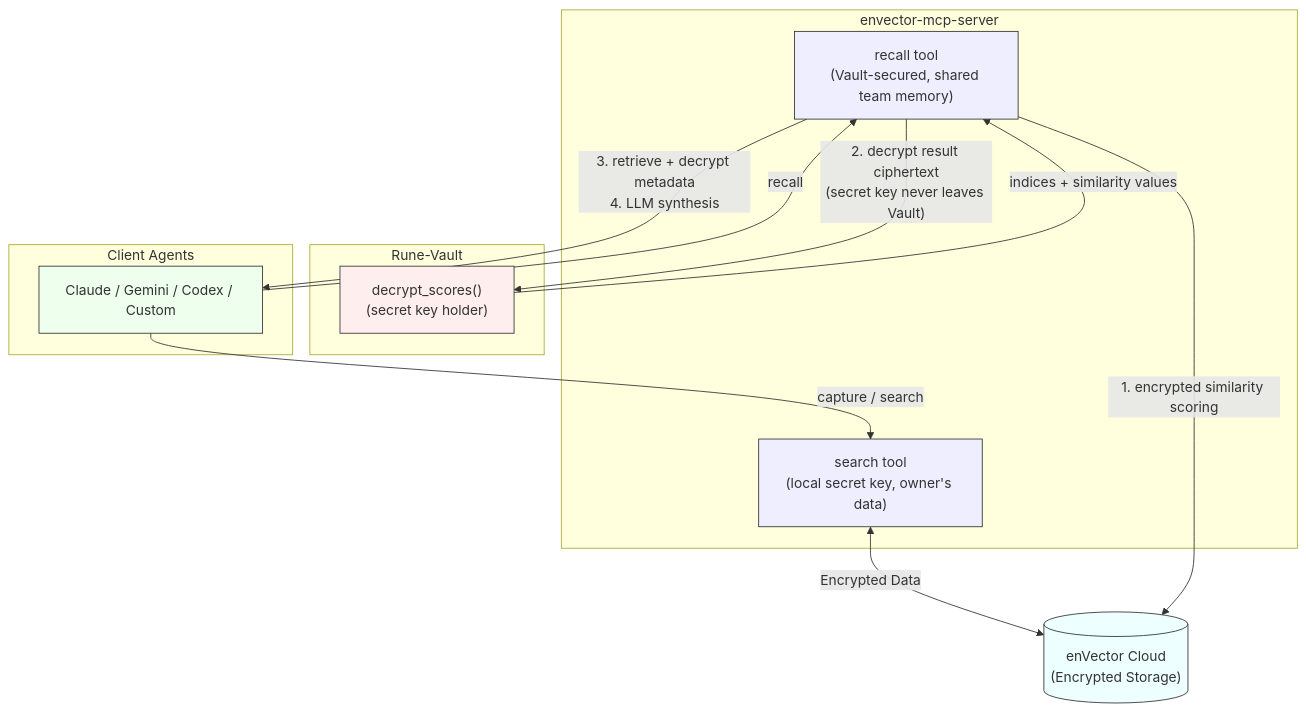
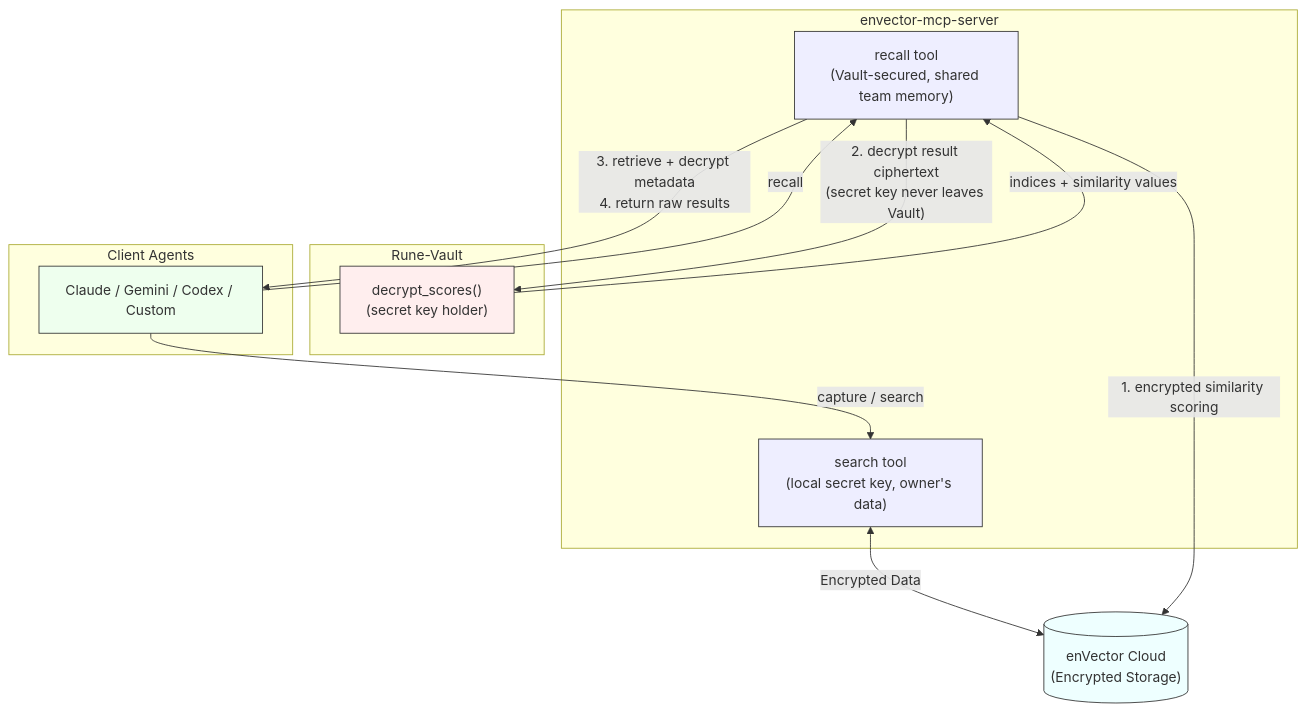
The diagram in README.md (CryptoLabInc/rune), drawn with Mermaid before and after one commit. The commit also changed other lines of this file and 15 other files, not shown here.

First line of the commit message:
feat: agent-delegated mode — remove LLM API key dependency from MCP server

````diff
--- a/README.md
+++ b/README.md
@@ -97,35 +97,35 @@
 ```mermaid
 flowchart TD
     Cloud[("enVector Cloud<br>(Encrypted Storage)")]
 
     subgraph MCP [envector-mcp-server]
         Search["search tool<br>(local secret key, owner's data)"]
         Recall["recall tool<br>(Vault-secured, shared team memory)"]
     end
 
     subgraph Vault [Rune-Vault]
         Decrypt["decrypt_scores()<br>(secret key holder)"]
     end
 
     subgraph Client [Client Agents]
         Agent["Claude / Gemini / Codex / Custom"]
     end
 
     %% Capture flow
     Agent -- "capture / search" --> Search
     Search <-->|Encrypted Data| Cloud
 
     %% Recall flow (4-step pipeline)
     Agent -- "recall" --> Recall
     Recall -- "1. encrypted similarity scoring" --> Cloud
     Recall -- "2. decrypt result ciphertext<br>(secret key never leaves Vault)" --> Decrypt
     Decrypt -- "indices + similarity values" --> Recall
-    Recall -- "3. retrieve + decrypt metadata<br>4. LLM synthesis" --> Agent
+    Recall -- "3. retrieve + decrypt metadata<br>4. return raw results" --> Agent
 
     %% Styles
     style Cloud fill:#eff,stroke:#333
     style Search fill:#eef,stroke:#333
     style Recall fill:#eef,stroke:#333
     style Decrypt fill:#fee,stroke:#333
     style Agent fill:#efe,stroke:#333
 ```
````
